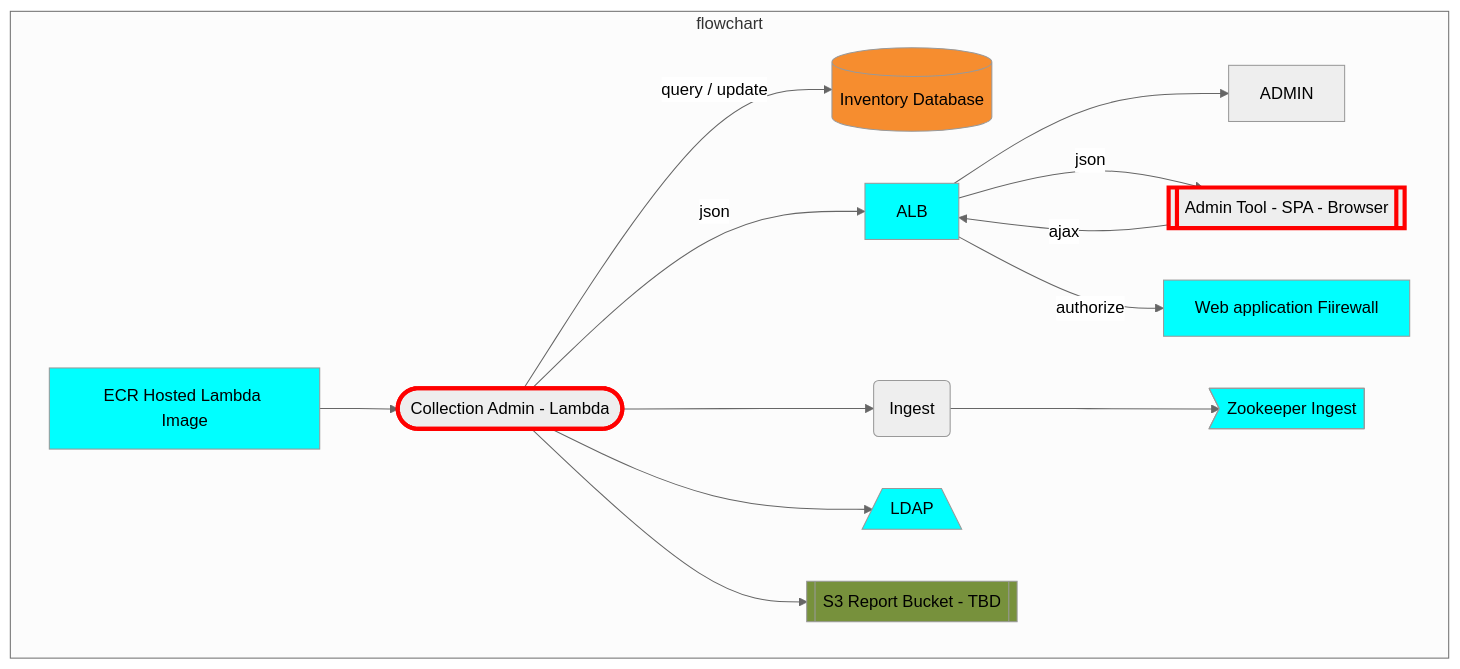
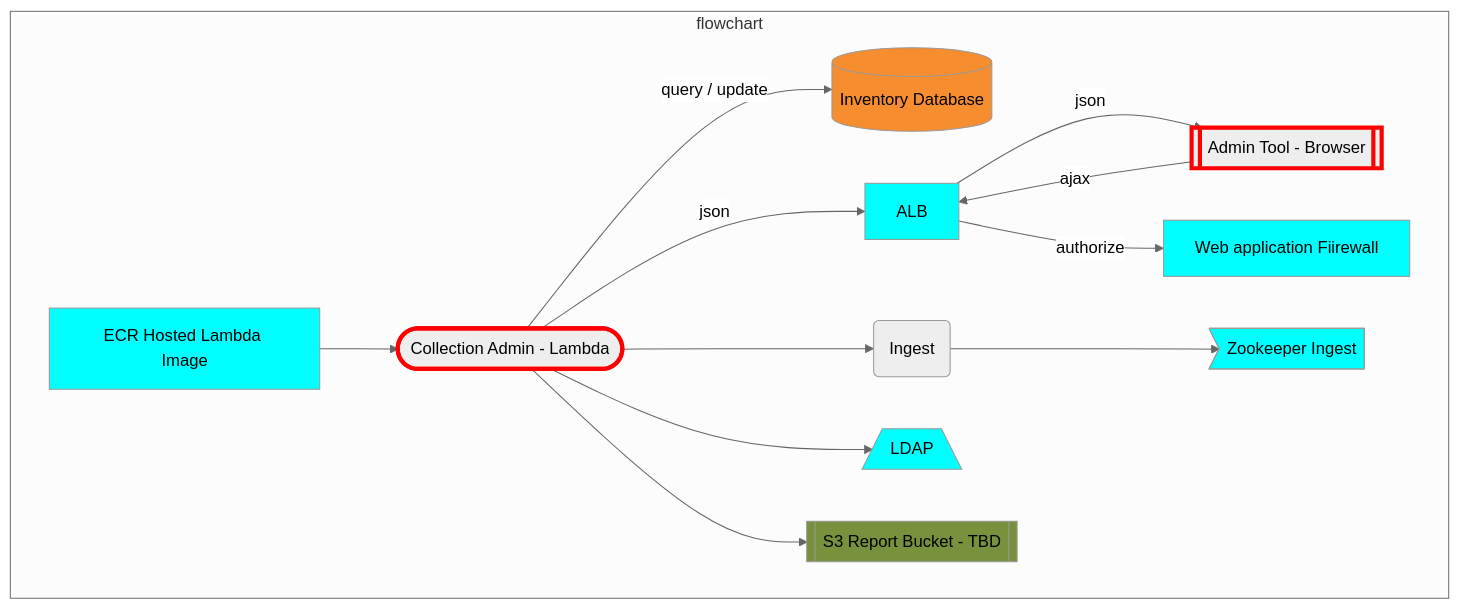
The diagram in diagrams/colladmin.mmd (CDLUC3/mrt-doc), drawn with Mermaid before and after one commit. The commit also changed 5 other files, not shown here.

Commit message:
admin tool refactor

```diff
--- a/diagrams/colladmin.mmd
+++ b/diagrams/colladmin.mmd
@@ -1,39 +1,38 @@
 %%{init: {'theme': 'neutral', 'securityLevel': 'loose'}}%%
 graph TD
   RDSINV[(Inventory Database)]
   COLLADMIN([Collection Admin - Lambda])
   click COLLADMIN href "https://github.com/CDLUC3/mrt-admin-lambda" "source code"
-  ADMINWEB[[Admin Tool - SPA - Browser]]
+  ADMINWEB[[Admin Tool - Browser]]
   click ADMINWEB href "https://github.com/CDLUC3/mrt-admin-lambda" "source code"
   WAF[Web application Fiirewall]
   ECR[ECR Hosted Lambda Image]
   ING(Ingest)
   click ING href "https://github.com/CDLUC3/mrt-ingest" "source code"
   ZOOING>Zookeeper Ingest]
   click ZOOING href "https://github.com/CDLUC3/mrt-zoo" "source code"
   LDAP[/LDAP\]
   S3RPT[[S3 Report Bucket - TBD]]
 
   subgraph flowchart
     COLLADMIN --> |"query / update"| RDSINV
-    ALB --> ADMIN
     COLLADMIN --> |json| ALB
     ADMINWEB --> |ajax| ALB
     ALB --> |json| ADMINWEB
     ALB --> |authorize| WAF
     ECR --> COLLADMIN
     COLLADMIN --> ING
     COLLADMIN --> LDAP
     COLLADMIN --> S3RPT
     ING --> ZOOING
   end
   
   style RDSINV fill:#F68D2F
   style COLLADMIN stroke:red,stroke-width:4px
   style ADMINWEB stroke:red,stroke-width:4px
   style ALB fill:cyan
   style WAF fill:cyan
   style ECR fill:cyan
   style ZOOING fill:cyan
   style LDAP fill:cyan
   style S3RPT fill:#77913C
```
